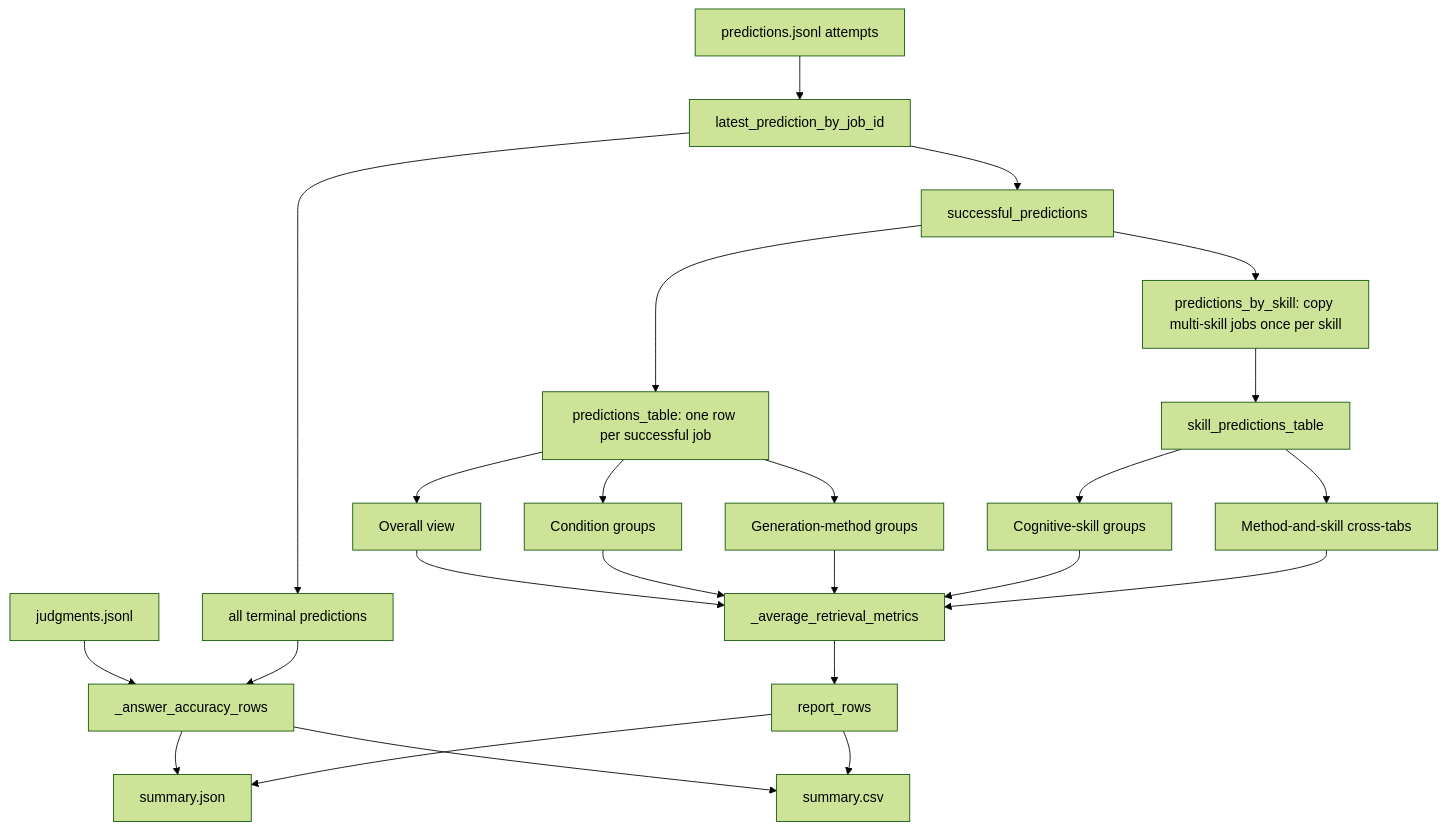
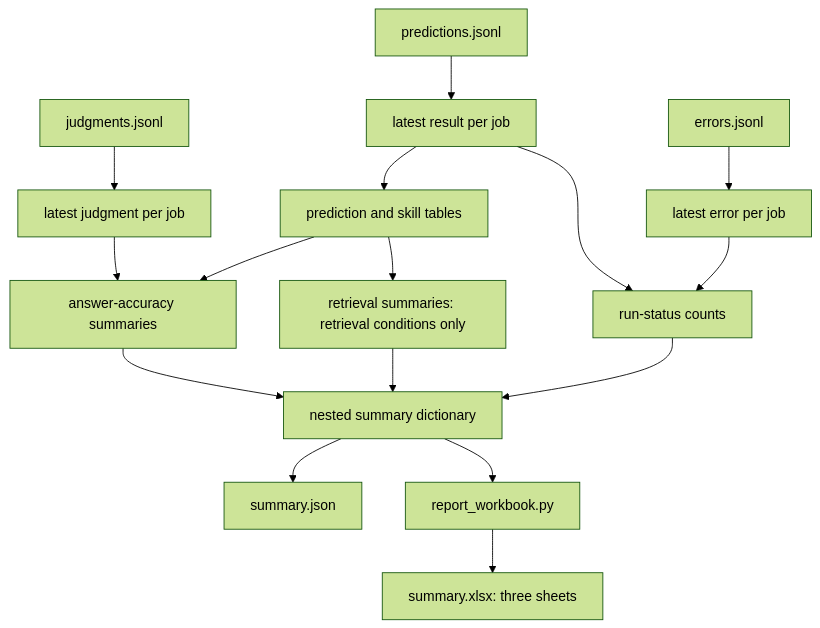
Before and after one commit to 14zhasim/Agentic_RAG: the eighth of 10 diagrams in docs sys design/benchmark/FinanceBench Implementation Guide.md, drawn with Mermaid (forest theme). The commit also changed other lines of this file and 9 other files, not shown here.

````diff
--- a/docs sys design/benchmark/FinanceBench Implementation Guide.md
+++ b/docs sys design/benchmark/FinanceBench Implementation Guide.md
@@ -1138,26 +1149,18 @@
 ```mermaid
 flowchart TD
-    A[predictions.jsonl attempts] --> B[latest_prediction_by_job_id]
-    B --> C[successful_predictions]
-    C --> D[predictions_table: one row per successful job]
-    C --> E[predictions_by_skill: copy multi-skill jobs once per skill]
-    E --> F[skill_predictions_table]
-    D --> G[Overall view]
-    D --> H[Condition groups]
-    D --> I[Generation-method groups]
-    F --> J[Cognitive-skill groups]
-    F --> K[Method-and-skill cross-tabs]
-    G --> L[_average_retrieval_metrics]
-    H --> L
-    I --> L
-    J --> L
-    K --> L
-    L --> M[report_rows]
-    B --> P[all terminal predictions]
-    Q[judgments.jsonl] --> R[_answer_accuracy_rows]
-    P --> R
-    R --> N[summary.json]
-    R --> O[summary.csv]
-    M --> N
-    M --> O
+    A[predictions.jsonl] --> B[latest result per job]
+    J[judgments.jsonl] --> C[latest judgment per job]
+    E[errors.jsonl] --> D[latest error per job]
+    B --> P[prediction and skill tables]
+    C --> Q[answer-accuracy summaries]
+    P --> Q
+    P --> R[retrieval summaries: retrieval conditions only]
+    B --> S[run-status counts]
+    D --> S
+    Q --> N[nested summary dictionary]
+    R --> N
+    S --> N
+    N --> JSON[summary.json]
+    N --> BOOK[report_workbook.py]
+    BOOK --> XLSX[summary.xlsx: three sheets]
 ```
````
